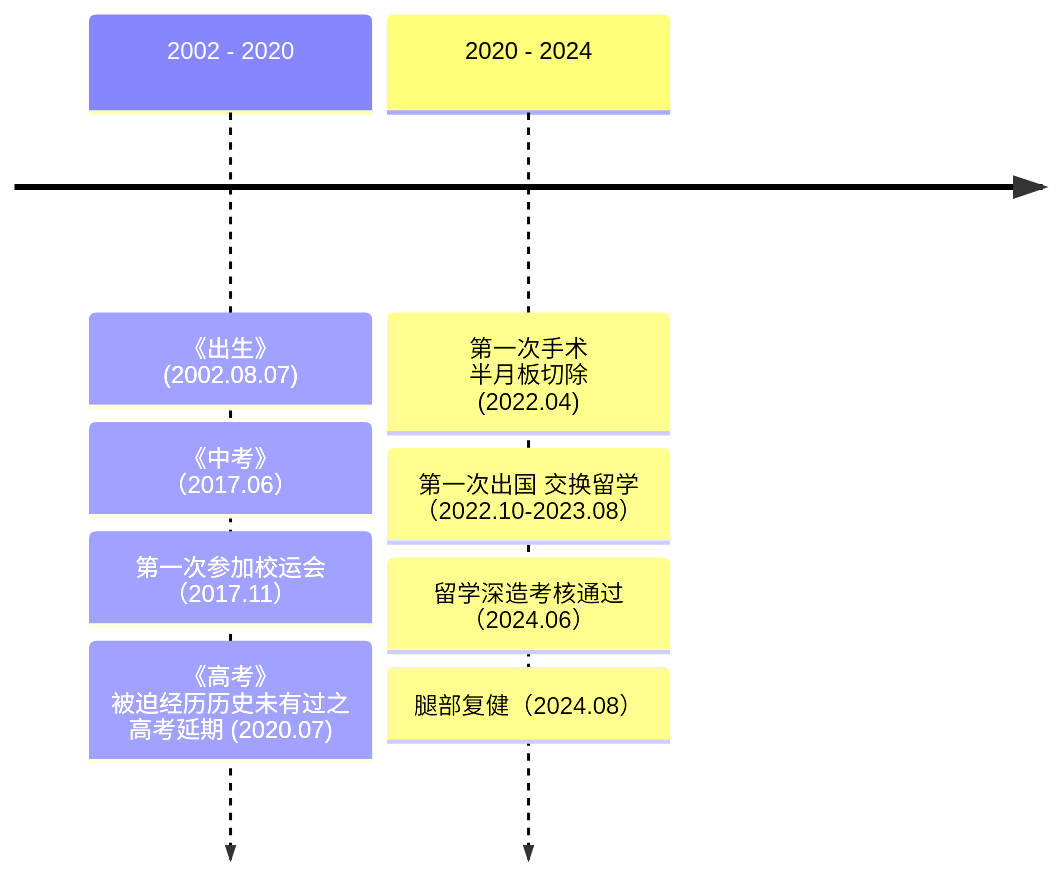
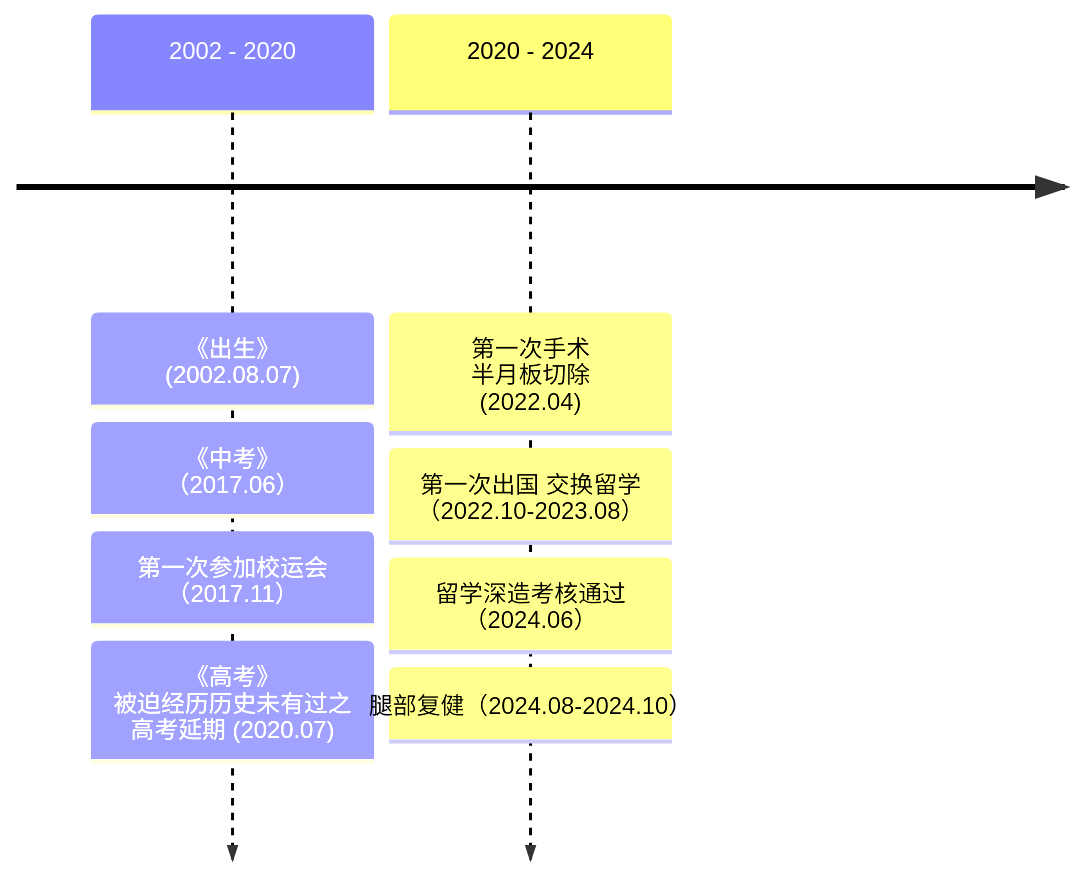
The diagram in content.zh/docs/aboutme.md (banligo/mysite), drawn with Mermaid before and after one commit. The commit also changed other lines of this file and 2 other files, not shown here.

```diff
--- a/content.zh/docs/aboutme.md
+++ b/content.zh/docs/aboutme.md
@@ -129,13 +133,13 @@
 {{< mermaid >}}
 
 %%{init: { 'logLevel': 'debug', 'theme': 'default' } }%%
     timeline
           2002 - 2020 : 《出生》 (2002.08.07)
                     : 《中考》 （2017.06）
                     : 第一次参加校运会 （2017.11）
                     : 《高考》 被迫经历历史未有过之 高考延期  (2020.07)
           2020 - 2024 : 第一次手术 半月板切除 (2022.04)
                     : 第一次出国 交换留学  （2022.10-2023.08）
                     : 留学深造考核通过 （2024.06）
-                    : 腿部复健（2024.08）
+                    : 腿部复健（2024.08-2024.10）
 {{< /mermaid >}}
```
